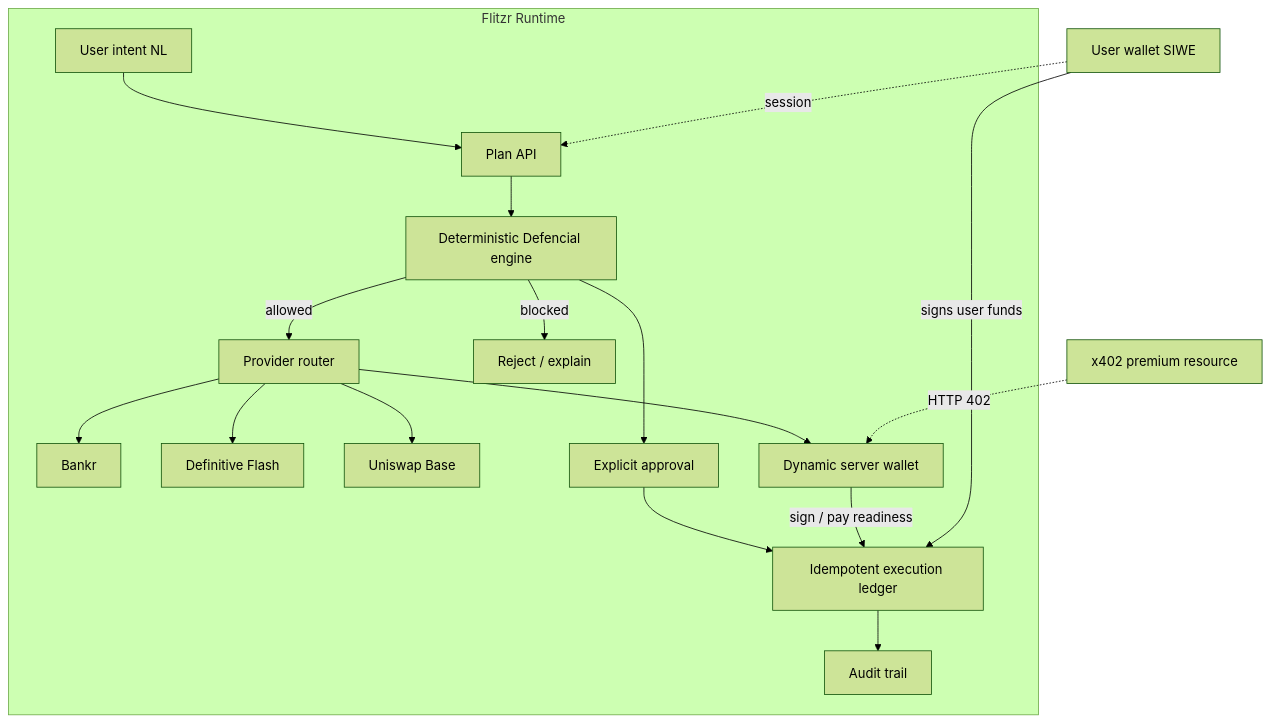
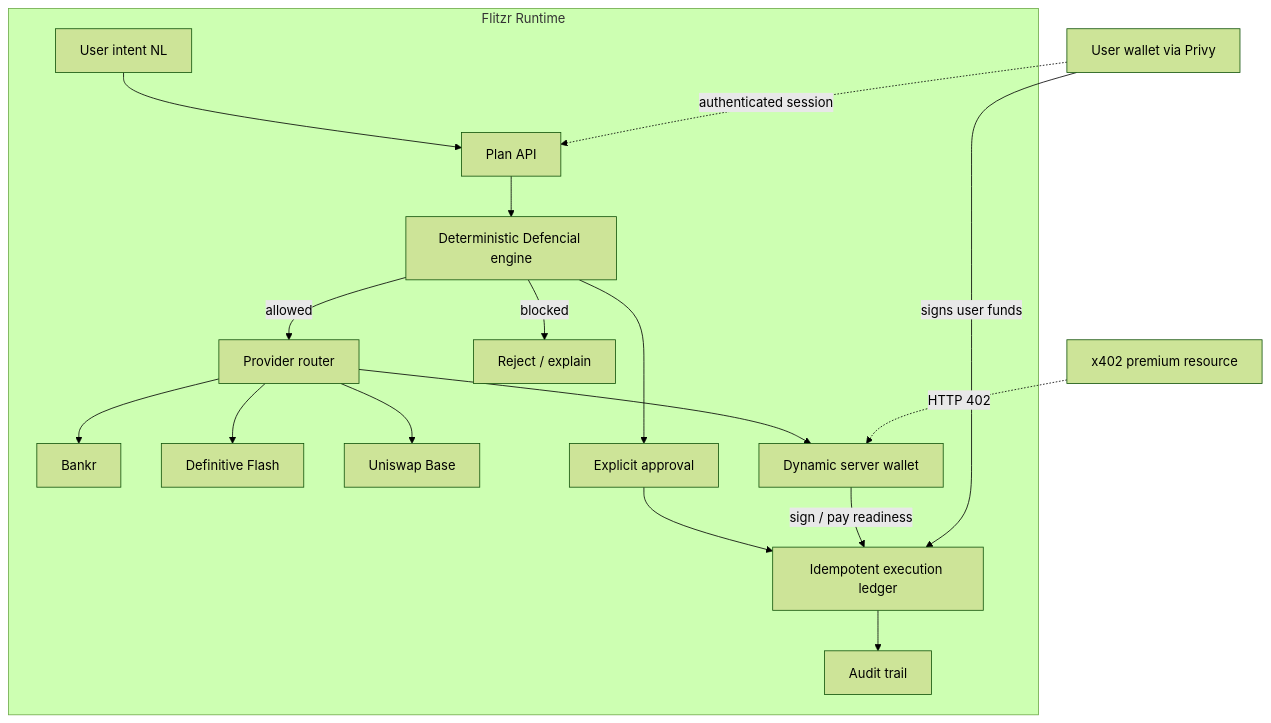
One commit to wadezigh96/Flitzr changed the diagram in README.md. Above: the diagram before and after it, drawn with Mermaid (forest theme). The commit also changed other lines of this file, not shown here.

Commit message:
docs: add Flitzr about section and align Privy branding

````diff
--- a/README.md
+++ b/README.md
@@ -37,21 +72,21 @@
 ```mermaid
 flowchart TB
     subgraph Flitzr["Flitzr Runtime"]
         U[User intent NL] --> P[Plan API]
         P --> POL[Deterministic Defencial engine]
         POL -->|allowed| R[Provider router]
         POL -->|blocked| X[Reject / explain]
         R --> B[Bankr]
         R --> D[Definitive Flash]
         R --> UNI[Uniswap Base]
         R --> DYN[Dynamic server wallet]
         POL --> APP[Explicit approval]
         APP --> LED[Idempotent execution ledger]
         DYN -->|sign / pay readiness| LED
         LED --> AUD[Audit trail]
     end
 
-    U2[User wallet SIWE] -.->|session| P
+    U2[User wallet via Privy] -.->|authenticated session| P
     U2 -->|signs user funds| LED
     X402[x402 premium resource] -.->|HTTP 402| DYN
 ```
````
